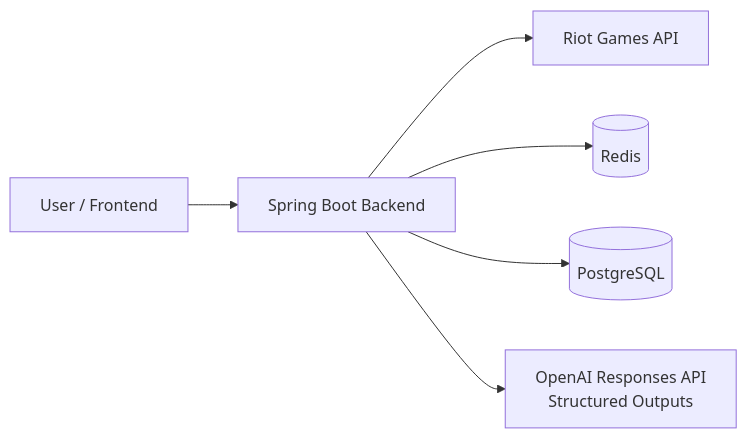
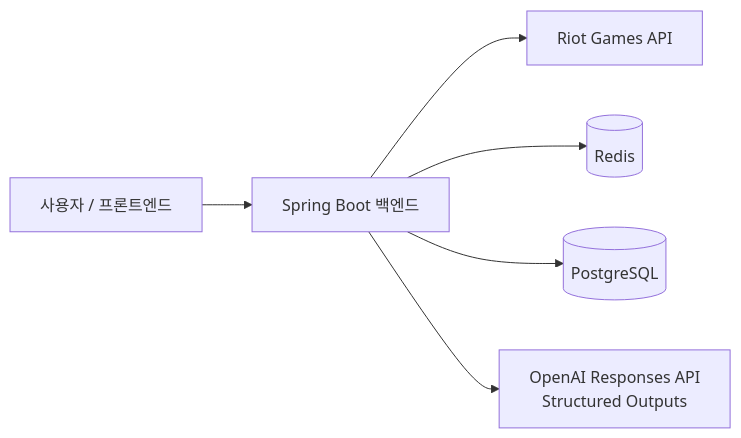
Before and after one commit to Nekke0409/lol-insight: the diagram in docs/architecture.md, drawn with Mermaid. The commit also changed other lines of this file and 24 other files, not shown here.

````diff
--- a/docs/architecture.md
+++ b/docs/architecture.md
@@ -44,15 +44,15 @@
 ```mermaid
 flowchart LR
-    User[User / Frontend]
-    App[Spring Boot Backend]
+    User[사용자 / 프론트엔드]
+    App[Spring Boot 백엔드]
     Riot[Riot Games API]
     Cache[(Redis)]
     DB[(PostgreSQL)]
     LLM[OpenAI Responses API<br/>Structured Outputs]
 
     User --> App
     App --> Riot
     App --> Cache
     App --> DB
     App --> LLM
 ```
````
